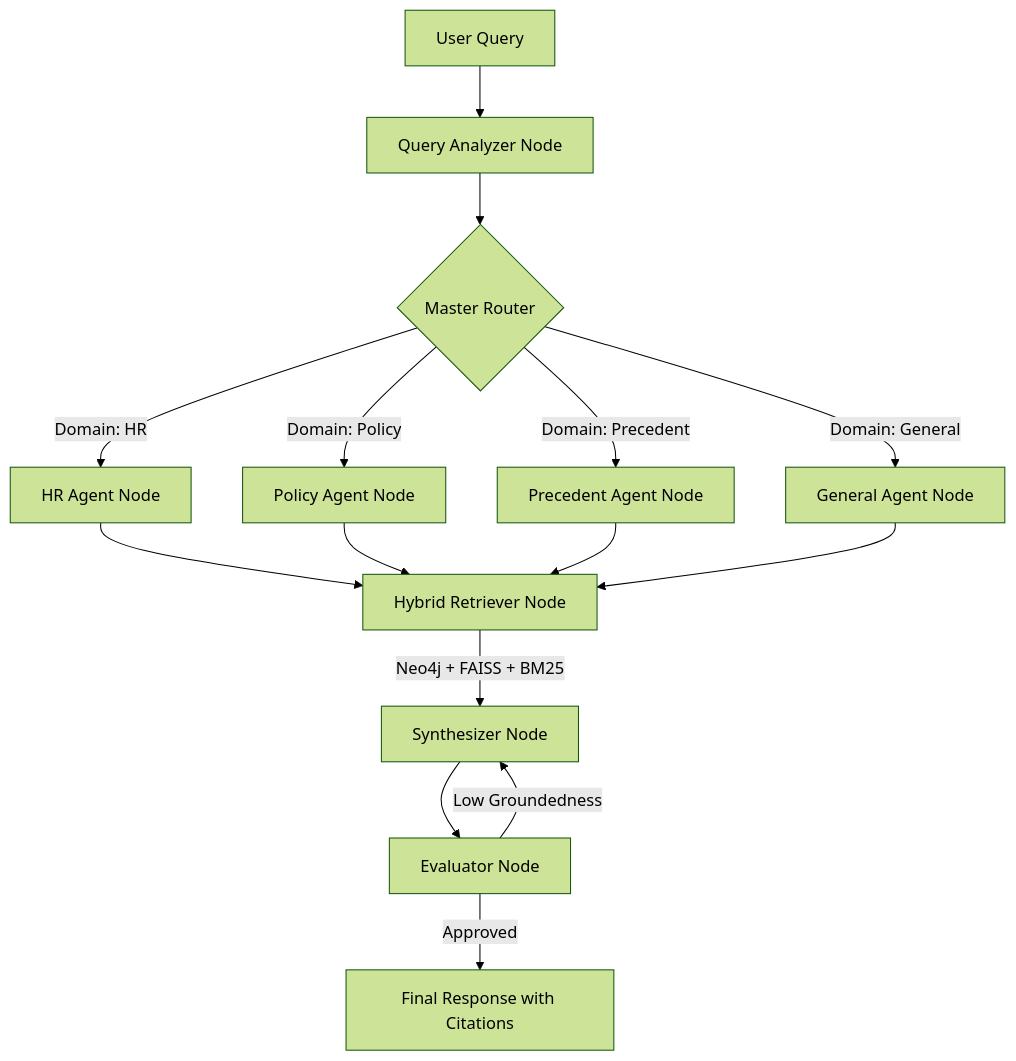
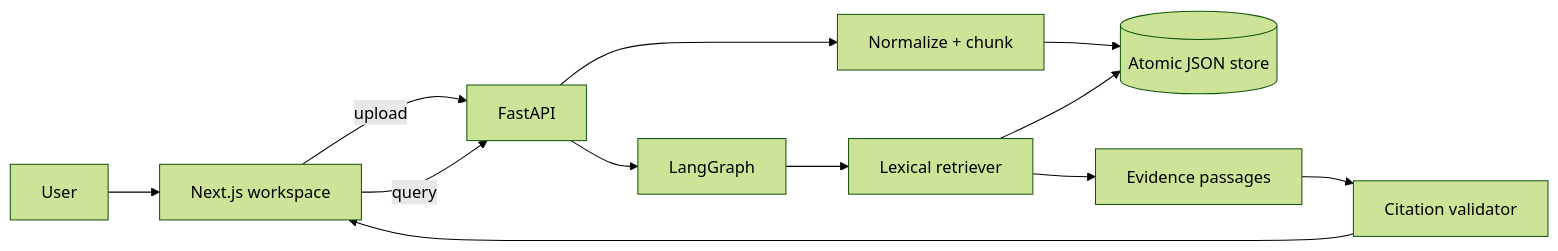
One commit to sidg2hp/enterprise-knowledge changed the diagram in README.md. Above: the diagram before and after it, drawn with Mermaid (forest theme). The commit also changed other lines of this file and 17 other files, not shown here.

````diff
--- a/README.md
+++ b/README.md
@@ -25,21 +40,14 @@
 ```mermaid
-graph TD
-    A[User Query] --> B[Query Analyzer Node]
-    B --> C{Master Router}
-    
-    C -- "Domain: HR" --> D[HR Agent Node]
-    C -- "Domain: Policy" --> E[Policy Agent Node]
-    C -- "Domain: Precedent" --> F[Precedent Agent Node]
-    C -- "Domain: General" --> G[General Agent Node]
-    
-    D --> H[Hybrid Retriever Node]
-    E --> H
-    F --> H
-    G --> H
-    
-    H -- "Neo4j + FAISS + BM25" --> I[Synthesizer Node]
-    I --> J[Evaluator Node]
-    
-    J -- "Low Groundedness" --> I
-    J -- "Approved" --> K[Final Response with Citations]
+flowchart LR
+  U[User] --> F[Next.js workspace]
+  F -->|upload| A[FastAPI]
+  F -->|query| A
+  A --> I[Normalize + chunk]
+  I --> S[(Atomic JSON store)]
+  A --> G[LangGraph]
+  G --> R[Lexical retriever]
+  R --> S
+  R --> V[Evidence passages]
+  V --> C[Citation validator]
+  C --> F
 ```
````
